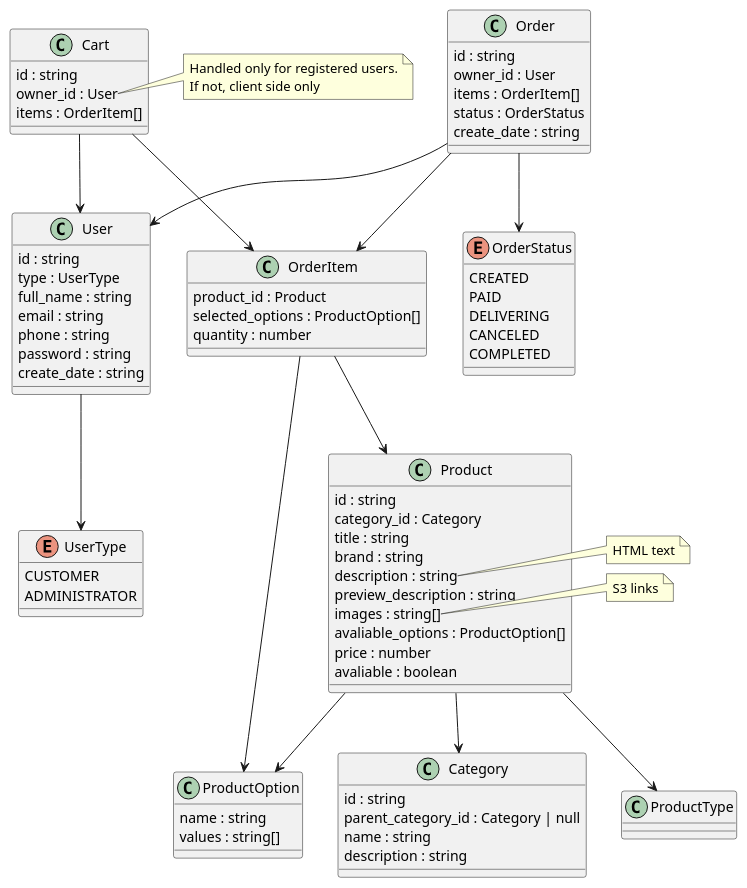
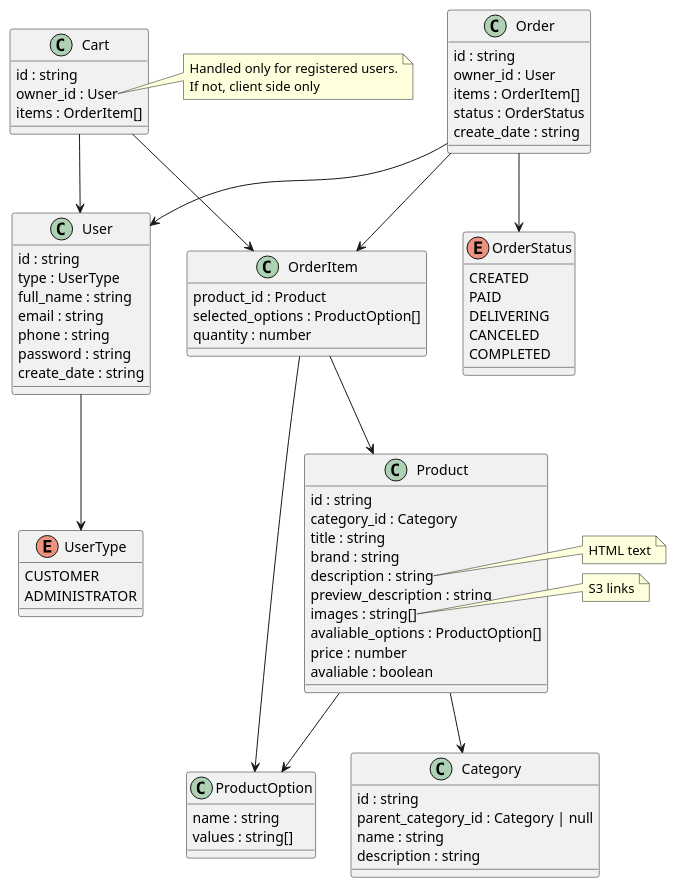
One commit to async-devil/coffee-e-shop changed the diagram in docs/models.puml. Above: the diagram before and after it, drawn with PlantUML.

Commit message:
docs: update models documentation

```diff
--- a/docs/models.puml
+++ b/docs/models.puml
@@ -1,101 +1,100 @@
 @startuml models
 
 class User {
   id : string
   type : UserType
   full_name : string
   email : string
   phone : string
   password : string
   create_date : string
 }
 
 enum UserType {
   CUSTOMER
   ADMINISTRATOR
 }
 
 class Product {
   id : string
   category_id : Category
   title : string
   brand : string
   description : string
   preview_description : string
   images : string[]
   avaliable_options : ProductOption[]
   price : number
   avaliable : boolean
 }
 
 note right of Product::description
   HTML text
 end note
 
 note right of Product::images
   S3 links
 end note
 
 class ProductOption {
   name : string
   values : string[]
 }
 
 class Category {
   id : string
   parent_category_id : Category | null
   name : string
   description : string
 }
 
 class Order {
   id : string
   owner_id : User
   items : OrderItem[]
   status : OrderStatus
   create_date : string
 }
 
 enum OrderStatus {
   CREATED
   PAID
   DELIVERING
   CANCELED
   COMPLETED
 }
 
 class OrderItem {
   product_id : Product
   selected_options : ProductOption[]
   quantity : number
 }
 
 class Cart {
   id : string
   owner_id : User
   items : OrderItem[]
 }
 
 note right of Cart::owner_id
   Handled only for registered users.
   If not, client side only
 end note
 
 
 User --> UserType
 
-Product --> ProductType
 Product --> ProductOption
 Product --> Category
 
 Order --> User
 Order --> OrderItem
 Order --> OrderStatus
 
 OrderItem --> Product
 OrderItem --> ProductOption
 
 Cart --> User
 Cart --> OrderItem
 
 @enduml
```
